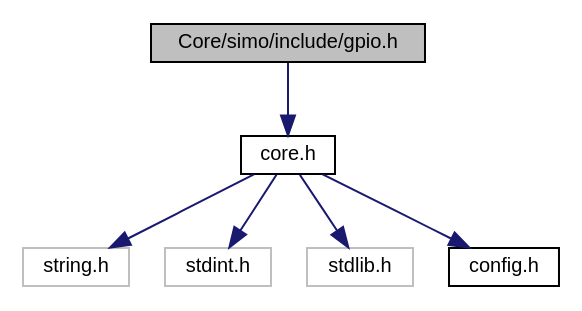
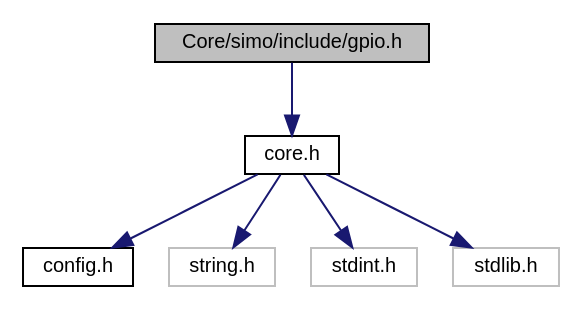
The diagram in docs/gpio_8h__incl.dot (Germanvelardez2018/SIMO-STM32-framework), drawn with Graphviz before and after one commit. The commit also changed 166 other files, not shown here.

```diff
--- a/docs/gpio_8h__incl.dot
+++ b/docs/gpio_8h__incl.dot
@@ -1,17 +1,17 @@
 digraph "Core/simo/include/gpio.h"
 {
  // LATEX_PDF_SIZE
   edge [fontname="Helvetica",fontsize="10",labelfontname="Helvetica",labelfontsize="10"];
   node [fontname="Helvetica",fontsize="10",shape=record];
   Node1 [label="Core/simo/include/gpio.h",height=0.2,width=0.4,color="black", fillcolor="grey75", style="filled", fontcolor="black",tooltip="Driver para manejo del hardware GPIO del microcontrolador."];
   Node1 -> Node2 [color="midnightblue",fontsize="10",style="solid",fontname="Helvetica"];
   Node2 [label="core.h",height=0.2,width=0.4,color="black", fillcolor="white", style="filled",URL="$core_8h.html",tooltip=" "];
   Node2 -> Node3 [color="midnightblue",fontsize="10",style="solid",fontname="Helvetica"];
-  Node3 [label="string.h",height=0.2,width=0.4,color="grey75", fillcolor="white", style="filled",tooltip=" "];
+  Node3 [label="config.h",height=0.2,width=0.4,color="black", fillcolor="white", style="filled",URL="$config_8h.html",tooltip="Archivo para configurar el proyecto. Se basa en compilacion condicional y definiciones."];
   Node2 -> Node4 [color="midnightblue",fontsize="10",style="solid",fontname="Helvetica"];
-  Node4 [label="stdint.h",height=0.2,width=0.4,color="grey75", fillcolor="white", style="filled",tooltip=" "];
+  Node4 [label="string.h",height=0.2,width=0.4,color="grey75", fillcolor="white", style="filled",tooltip=" "];
   Node2 -> Node5 [color="midnightblue",fontsize="10",style="solid",fontname="Helvetica"];
-  Node5 [label="stdlib.h",height=0.2,width=0.4,color="grey75", fillcolor="white", style="filled",tooltip=" "];
+  Node5 [label="stdint.h",height=0.2,width=0.4,color="grey75", fillcolor="white", style="filled",tooltip=" "];
   Node2 -> Node6 [color="midnightblue",fontsize="10",style="solid",fontname="Helvetica"];
-  Node6 [label="config.h",height=0.2,width=0.4,color="black", fillcolor="white", style="filled",URL="$config_8h.html",tooltip=" "];
+  Node6 [label="stdlib.h",height=0.2,width=0.4,color="grey75", fillcolor="white", style="filled",tooltip=" "];
 }
```
